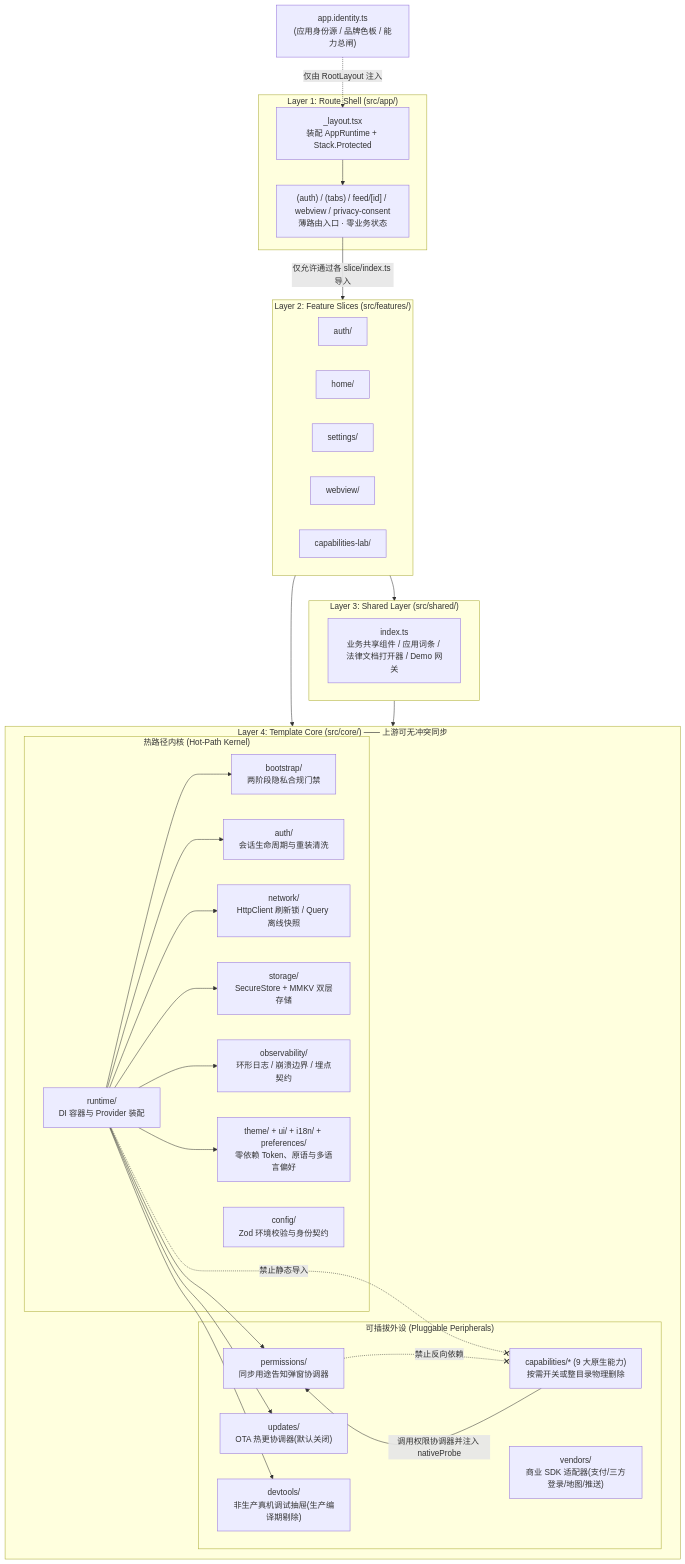
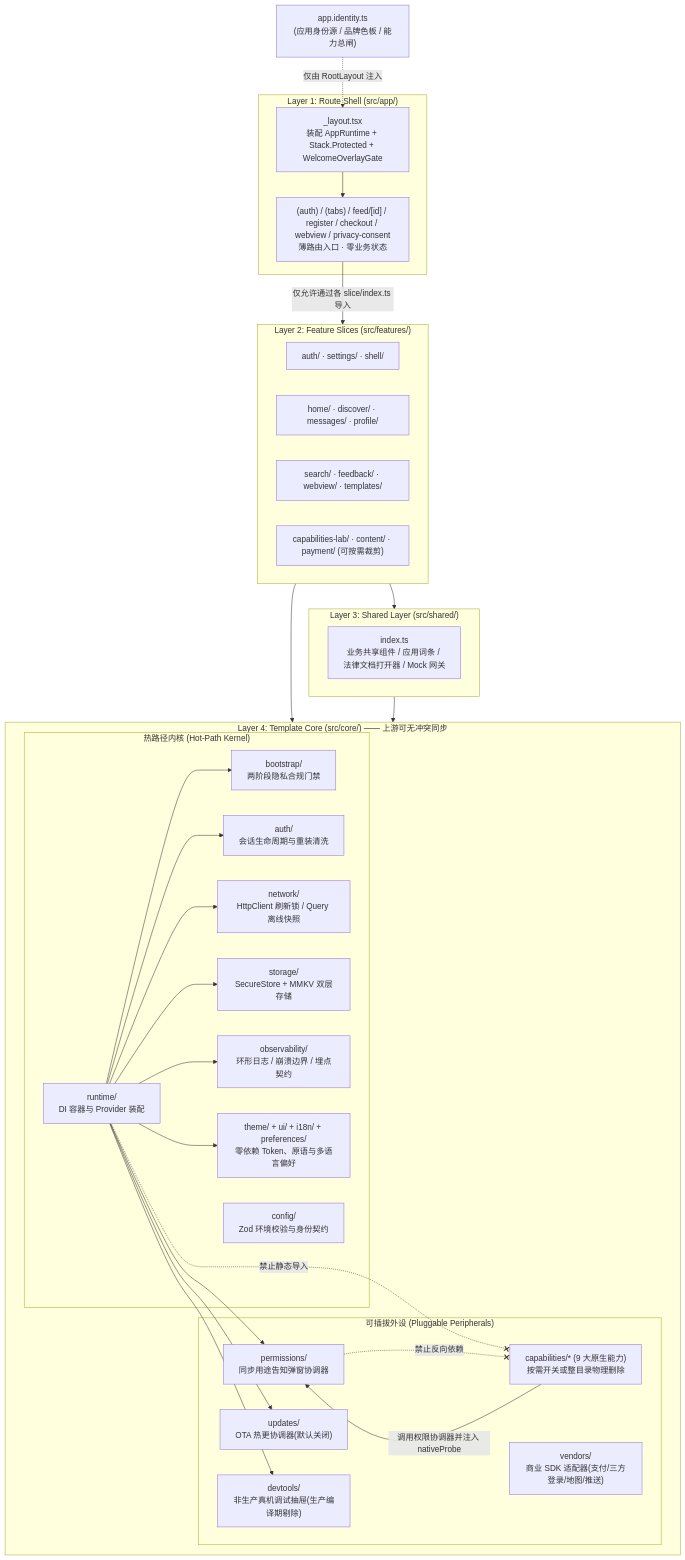
The first of 3 diagrams in docs/ARCHITECTURE.md (caixingorg/reactnative-zero), drawn with Mermaid before and after one commit. The commit also changed other lines of this file and 4 other files, not shown here.

Commit message:
docs: align README, CONTEXT, ARCHITECTURE, and payment docs with current codebase

````diff
--- a/docs/ARCHITECTURE.md
+++ b/docs/ARCHITECTURE.md
@@ -27,55 +28,54 @@
 ```mermaid
 flowchart TB
   Identity["app.identity.ts<br/>(应用身份源 / 品牌色板 / 能力总闸)"]
 
   subgraph AppLayer["Layer 1: Route Shell (src/app/)"]
-    RootLayout["_layout.tsx<br/>装配 AppRuntime + Stack.Protected"]
-    Routes["(auth) / (tabs) / feed/[id] / webview / privacy-consent<br/>薄路由入口 · 零业务状态"]
+    RootLayout["_layout.tsx<br/>装配 AppRuntime + Stack.Protected + WelcomeOverlayGate"]
+    Routes["(auth) / (tabs) / feed/[id] / register / checkout / webview / privacy-consent<br/>薄路由入口 · 零业务状态"]
   end
 
   subgraph FeatureLayer["Layer 2: Feature Slices (src/features/)"]
-    FAuth["auth/"]
-    FHome["home/"]
-    FSettings["settings/"]
-    FWebView["webview/"]
-    FLab["capabilities-lab/"]
+    FAuth["auth/ · settings/ · shell/"]
+    FHome["home/ · discover/ · messages/ · profile/"]
+    FOther["search/ · feedback/ · webview/ · templates/"]
+    FLab["capabilities-lab/ · content/ · payment/ (可按需裁剪)"]
   end
 
   subgraph SharedLayer["Layer 3: Shared Layer (src/shared/)"]
-    SharedIdx["index.ts<br/>业务共享组件 / 应用词条 / 法律文档打开器 / Demo 网关"]
+    SharedIdx["index.ts<br/>业务共享组件 / 应用词条 / 法律文档打开器 / Mock 网关"]
   end
 
   subgraph CoreLayer["Layer 4: Template Core (src/core/) —— 上游可无冲突同步"]
     subgraph HotPath["热路径内核 (Hot-Path Kernel)"]
       Runtime["runtime/<br/>DI 容器与 Provider 装配"]
       Config["config/<br/>Zod 环境校验与身份契约"]
       Bootstrap["bootstrap/<br/>两阶段隐私合规门禁"]
       Auth["auth/<br/>会话生命周期与重装清洗"]
       Network["network/<br/>HttpClient 刷新锁 / Query 离线快照"]
       Storage["storage/<br/>SecureStore + MMKV 双层存储"]
       Obs["observability/<br/>环形日志 / 崩溃边界 / 埋点契约"]
       ThemeUI["theme/ + ui/ + i18n/ + preferences/<br/>零依赖 Token、原语与多语言偏好"]
     end
 
     subgraph Pluggable["可插拔外设 (Pluggable Peripherals)"]
       Perms["permissions/<br/>同步用途告知弹窗协调器"]
       Caps["capabilities/* (9 大原生能力)<br/>按需开关或整目录物理删除"]
       Vendors["vendors/<br/>商业 SDK 适配器(支付/三方登录/地图/推送)"]
       Updates["updates/<br/>OTA 热更协调器(默认关闭)"]
       DevTools["devtools/<br/>非生产真机调试抽屉(生产编译期剔除)"]
     end
   end
 
   Identity -.->|"仅由 RootLayout 注入"| RootLayout
   RootLayout --> Routes
   Routes -->|"仅允许通过各 slice/index.ts 导入"| FeatureLayer
   FeatureLayer --> SharedLayer
   FeatureLayer --> CoreLayer
   SharedLayer --> CoreLayer
   Runtime --> Bootstrap & Auth & Network & Storage & Obs & ThemeUI & Perms & Updates & DevTools
   Caps -->|"调用权限协调器并注入 nativeProbe"| Perms
 
   %% 禁止方向说明：ESLint 强制拦截
   Runtime -.-x|"禁止静态导入"| Caps
   Perms -.-x|"禁止反向依赖"| Caps
 ```
````
